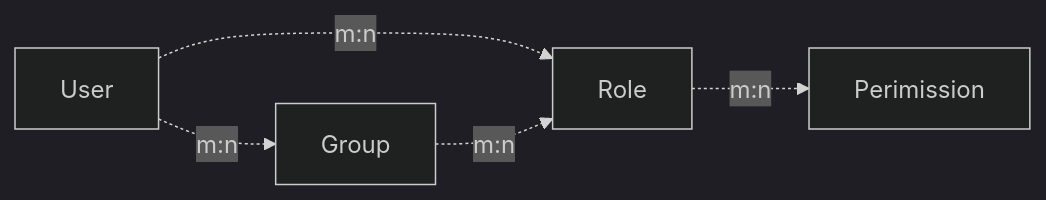
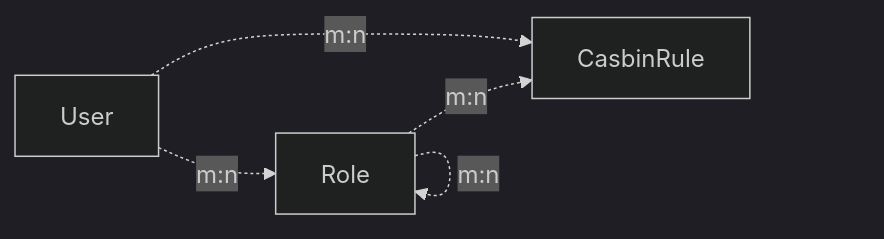
The diagram in README.md (amisadmin/fastapi-user-auth), drawn with Mermaid (dark theme) before and after one commit. The commit also changed other lines of this file, not shown here.

````diff
--- a/README.md
+++ b/README.md
@@ -249,7 +267,7 @@
 ```mermaid
 flowchart LR
-	 User -. m:n .-> Group 
-	 User -. m:n .-> Role 
-     Group -. m:n .-> Role 
-	 Role -. m:n .-> Perimission 
+    User -. m:n .-> Role
+    User -. m:n .-> CasbinRule
+    Role -. m:n .-> Role
+    Role -. m:n .-> CasbinRule 
 ```
````
